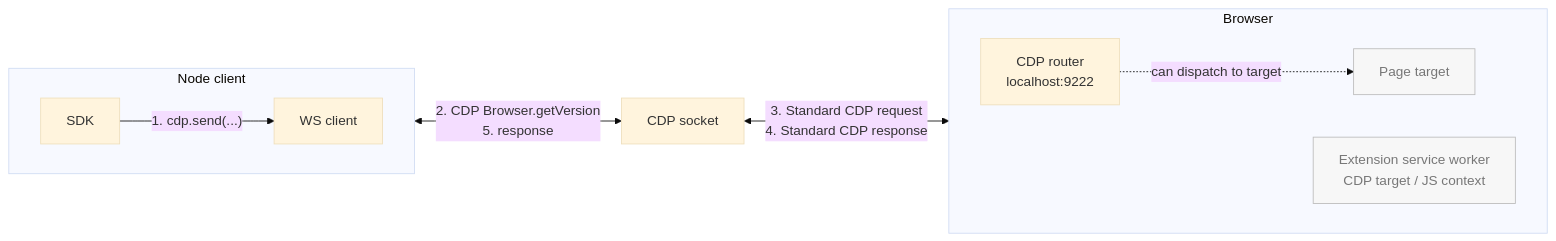
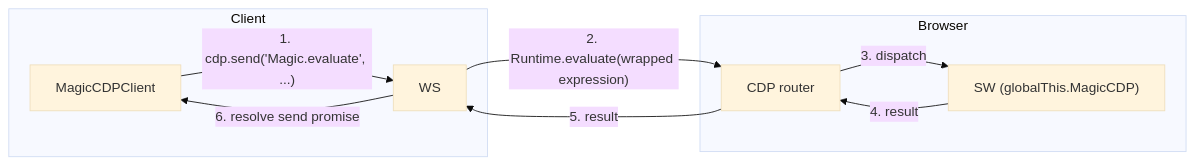
Before and after one commit to pirate/chrome-cdp-extension-bridge: the first of 2 diagrams in README.md, drawn with Mermaid (base theme). The commit also changed other lines of this file, not shown here.

````diff
--- a/README.md
+++ b/README.md
@@ -272,25 +157,17 @@
 ```mermaid
 flowchart LR
-  subgraph Node["Node client"]
-    direction LR
-    SDK["SDK"]
-    WS["WS client"]
-    SDK -->|"1. cdp.send(...)"| WS
+  subgraph Node["Client"]
+    SDK["MagicCDPClient"]
+    WS["WS"]
+    SDK -->|"1. cdp.send('Magic.evaluate', ...)"| WS
   end
-
-  subgraph Browser["Browser"]
-    direction LR
-    CDP["CDP router<br/>localhost:9222"]
-    SW["Extension service worker<br/>CDP target / JS context"]
-    Page["Page target"]
-    CDP -. "can dispatch to target" .-> Page
+  subgraph Browser
+    CDP["CDP router"]
+    SW["SW (globalThis.MagicCDP)"]
+    CDP -->|"3. dispatch"| SW
   end
-
-  Socket["CDP socket"]
-
-  WS <-->|"2. CDP Browser.getVersion<br/>5. response"| Socket
-  Socket <-->|"3. Standard CDP request<br/>4. Standard CDP response"| CDP
-
-  classDef idle fill:#f7f7f7,stroke:#bbb,color:#777;
-  class SW,Page idle;
+  WS -->|"2. Runtime.evaluate(wrapped expression)"| CDP
+  SW -->|"4. result"| CDP
+  CDP -->|"5. result"| WS
+  WS -->|"6. resolve send promise"| SDK
 ```
````
